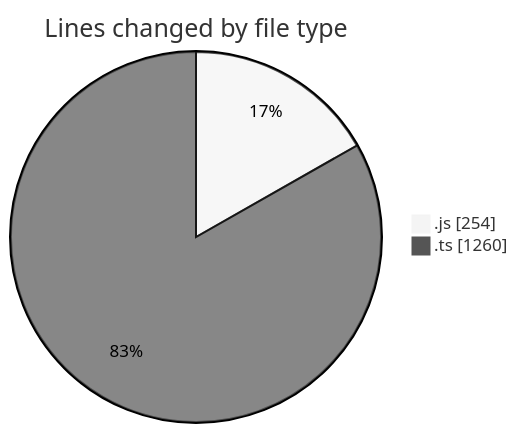
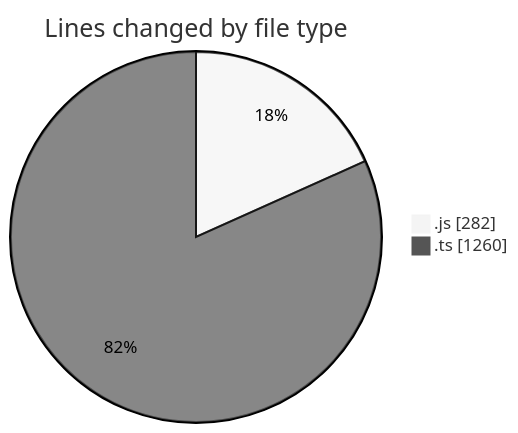
Before and after one commit to momahboobian/code-tracking: the first of 2 diagrams in 2025-05-29/cda/README.md, drawn with Mermaid (neutral theme). The commit also changed other lines of this file and 1 other file, not shown here.

````diff
--- a/2025-05-29/cda/README.md
+++ b/2025-05-29/cda/README.md
@@ -22,6 +22,6 @@
 ```mermaid
 pie showData
 title Lines changed by file type
-".js" : 254
+".js" : 282
 ".ts" : 1260
 ```
````
